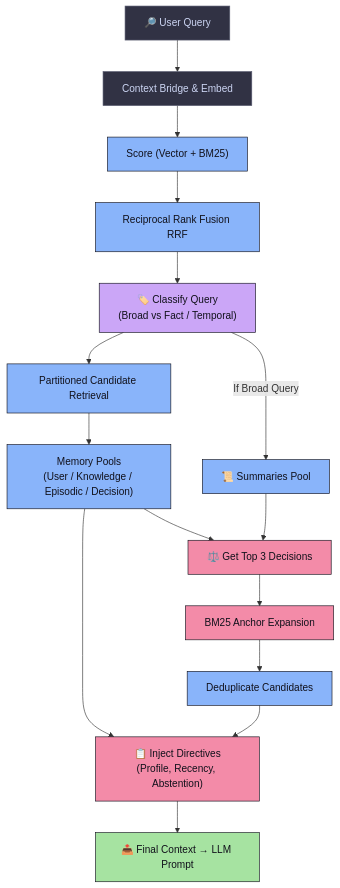
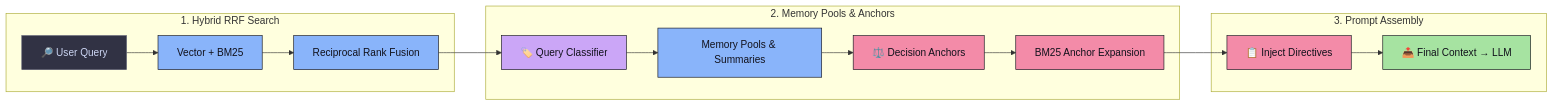
The third of 3 diagrams in README.md (faisalhussain-devs/MindCache), drawn with Mermaid before and after one commit. The commit also changed other lines of this file and 4 other files, not shown here.

````diff
--- a/README.md
+++ b/README.md
@@ -342,25 +345,25 @@
 ```mermaid
-flowchart TD
+flowchart LR
     classDef dark      fill:#313244,color:#cdd6f4,stroke:#585b70
     classDef llm       fill:#cba6f7,color:#11111b,stroke:#11111b
     classDef search    fill:#89b4fa,color:#11111b,stroke:#11111b
     classDef anchor    fill:#f38ba8,color:#11111b,stroke:#11111b
     classDef green     fill:#a6e3a1,color:#11111b,stroke:#11111b
 
-    Q["🔎 User Query"]:::dark --> A["Context Bridge & Embed"]:::dark
-    A --> B["Score (Vector + BM25)"]:::search
-    B --> C["Reciprocal Rank Fusion RRF"]:::search
-    
-    C --> D["🏷️ Classify Query\n(Broad vs Fact / Temporal)"]:::llm
-    
-    D --> E["Partitioned Candidate Retrieval"]:::search
-    E --> F["Memory Pools\n(User / Knowledge / Episodic / Decision)"]:::search
-    D -->|"If Broad Query"| G["📜 Summaries Pool"]:::search
-    
-    F & G --> H["⚖️ Get Top 3 Decisions"]:::anchor
-    H --> I["BM25 Anchor Expansion"]:::anchor
-    I --> J["Deduplicate Candidates"]:::search
-    
-    F & J --> K["📋 Inject Directives\n(Profile, Recency, Abstention)"]:::anchor
-    K --> OUT["📤 Final Context → LLM Prompt"]:::green
+    subgraph PhaseA ["1. Hybrid RRF Search"]
+        Q["🔎 User Query"]:::dark --> S["Vector + BM25"]:::search
+        S --> RRF["Reciprocal Rank Fusion"]:::search
+    end
+
+    subgraph PhaseB ["2. Memory Pools & Anchors"]
+        RRF --> CL["🏷️ Query Classifier"]:::llm
+        CL --> P["Memory Pools & Summaries"]:::search
+        P --> DA["⚖️ Decision Anchors"]:::anchor
+        DA --> EX["BM25 Anchor Expansion"]:::anchor
+    end
+
+    subgraph PhaseC ["3. Prompt Assembly"]
+        EX --> INJ["📋 Inject Directives"]:::anchor
+        INJ --> OUT["📤 Final Context → LLM"]:::green
+    end
 ```
````
